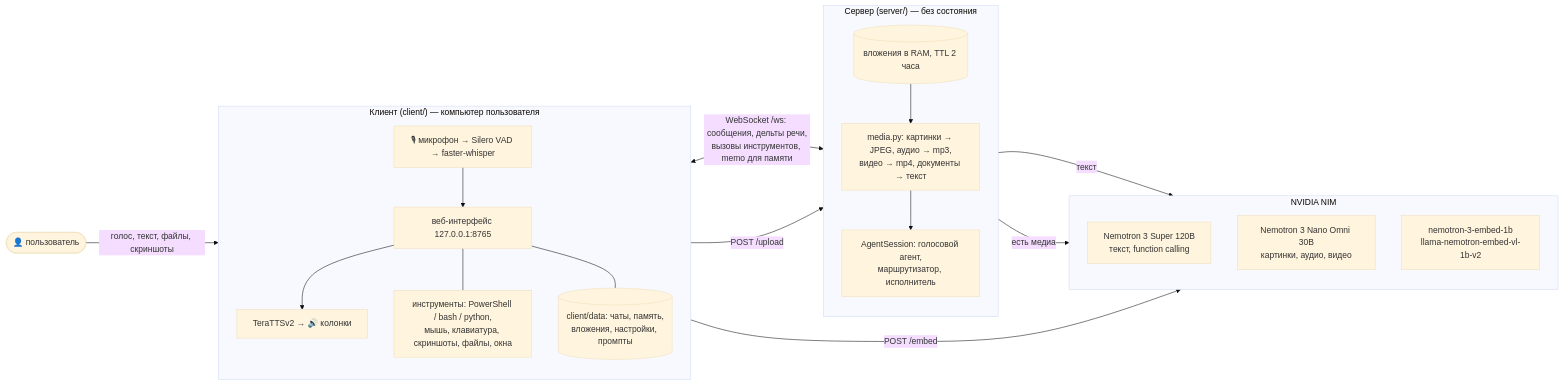
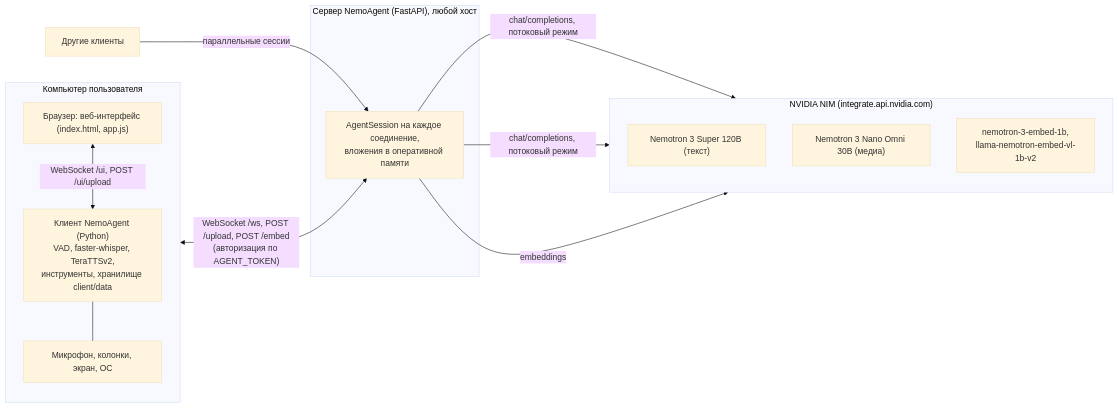
Before and after one commit to ALeksandr13254/NemoAgent: the first of 6 diagrams in README.md, drawn with Mermaid (base theme). The commit also changed other lines of this file, not shown here.

First line of the commit message:
README: технический стиль, оглавление, шесть подписанных диаграмм

````diff
--- a/README.md
+++ b/README.md
@@ -13,39 +58,28 @@
 ```mermaid
 flowchart LR
-    U(["👤 пользователь"])
-
-    subgraph C["Клиент (client/) — компьютер пользователя"]
+    subgraph PC["Компьютер пользователя"]
         direction TB
-        MIC["🎙 микрофон → Silero VAD → faster-whisper"]
-        UI["веб-интерфейс 127.0.0.1:8765"]
-        TTS["TeraTTSv2 → 🔊 колонки"]
-        EXE["инструменты: PowerShell / bash / python,<br/>мышь, клавиатура, скриншоты, файлы, окна"]
-        DATA[("client/data: чаты, память,<br/>вложения, настройки, промпты")]
-        MIC --> UI
-        UI --> TTS
-        UI --- EXE
-        UI --- DATA
+        BR["Браузер: веб-интерфейс (index.html, app.js)"]
+        CL["Клиент NemoAgent (Python)<br/>VAD, faster-whisper, TeraTTSv2,<br/>инструменты, хранилище client/data"]
+        HW["Микрофон, колонки, экран, ОС"]
+        BR <-- "WebSocket /ui, POST /ui/upload" --> CL
+        CL --- HW
     end
 
-    subgraph S["Сервер (server/) — без состояния"]
-        direction TB
-        SES["AgentSession: голосовой агент,<br/>маршрутизатор, исполнитель"]
-        MED["media.py: картинки → JPEG, аудио → mp3,<br/>видео → mp4, документы → текст"]
-        RAM[("вложения в RAM, TTL 2 часа")]
-        RAM --> MED --> SES
+    subgraph SRV["Сервер NemoAgent (FastAPI), любой хост"]
+        SS["AgentSession на каждое соединение,<br/>вложения в оперативной памяти"]
     end
 
-    subgraph N["NVIDIA NIM"]
+    subgraph NIM["NVIDIA NIM (integrate.api.nvidia.com)"]
         direction TB
-        SUPER["Nemotron 3 Super 120B<br/>текст, function calling"]
-        OMNI["Nemotron 3 Nano Omni 30B<br/>картинки, аудио, видео"]
-        EMB["nemotron-3-embed-1b<br/>llama-nemotron-embed-vl-1b-v2"]
+        M1["Nemotron 3 Super 120B (текст)"]
+        M2["Nemotron 3 Nano Omni 30B (медиа)"]
+        M3["nemotron-3-embed-1b,<br/>llama-nemotron-embed-vl-1b-v2"]
     end
 
-    U -- "голос, текст, файлы, скриншоты" --> C
-    UI <-- "WebSocket /ws: сообщения, дельты речи,<br/>вызовы инструментов, memo для памяти" --> SES
-    UI -- "POST /upload" --> RAM
-    DATA -- "POST /embed" --> EMB
-    SES -- "текст" --> SUPER
-    SES -- "есть медиа" --> OMNI
+    OTHER["Другие клиенты"] -- "параллельные сессии" --> SS
+    CL <-- "WebSocket /ws, POST /upload, POST /embed<br/>(авторизация по AGENT_TOKEN)" --> SS
+    SS -- "chat/completions, потоковый режим" --> M1
+    SS -- "chat/completions, потоковый режим" --> M2
+    SS -- "embeddings" --> M3
 ```
````
